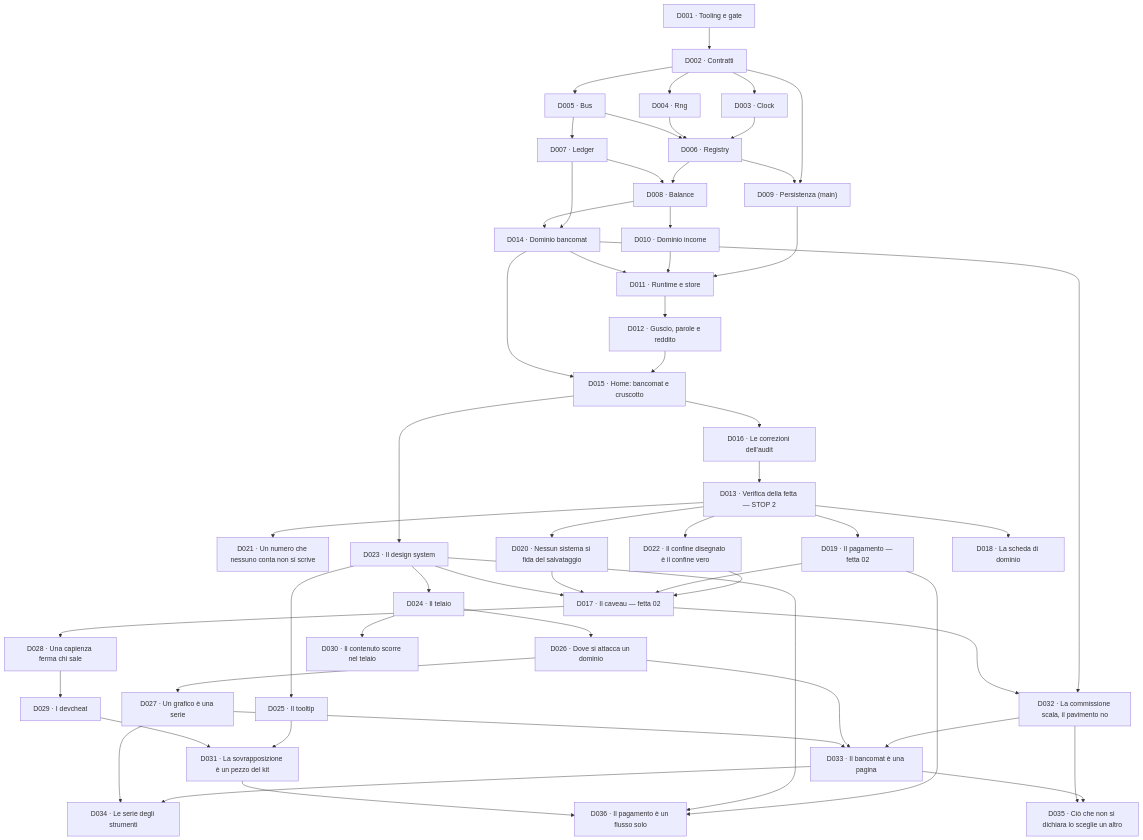
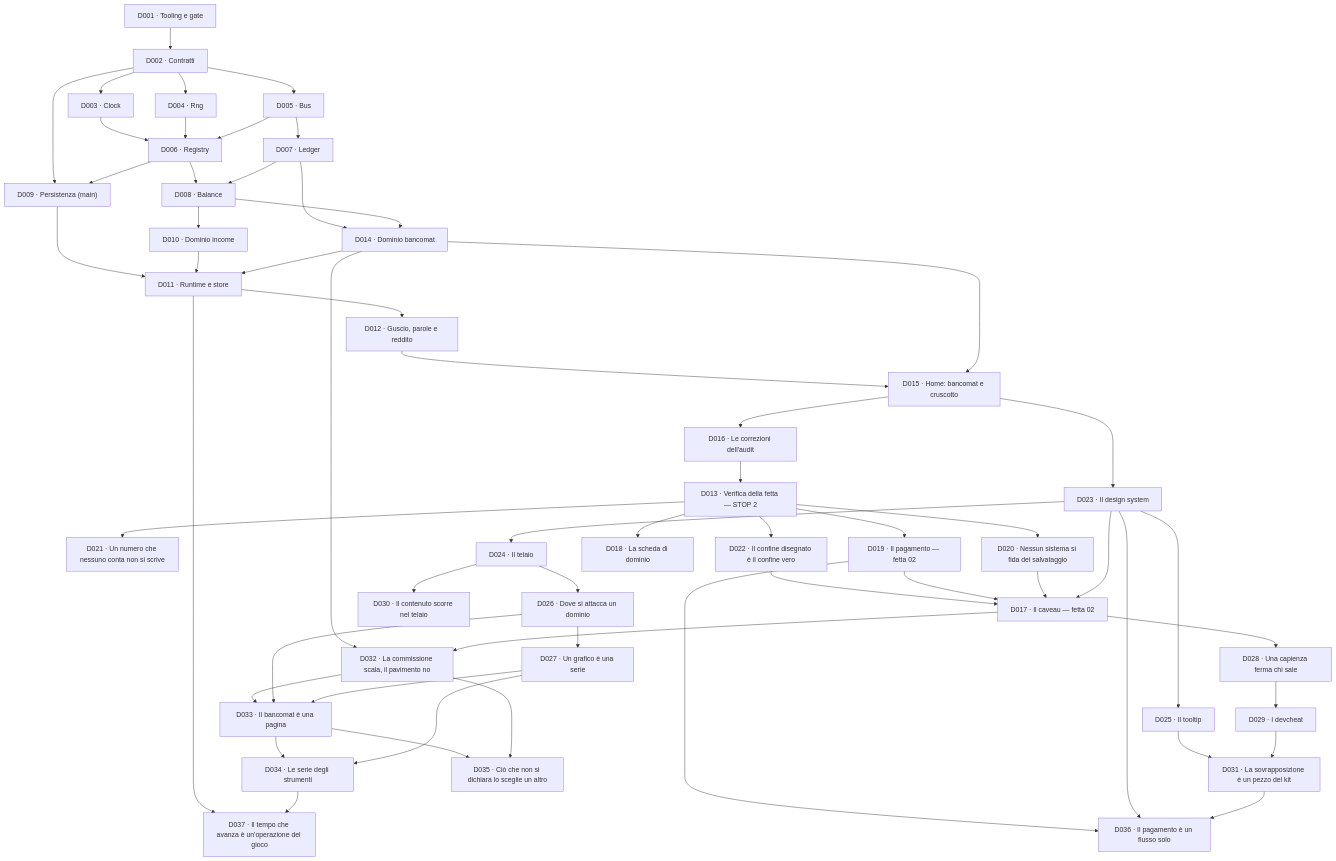
Before and after one commit to devfrx/solvent: the diagram in docs/delega/README.md, drawn with Mermaid. The commit also changed other lines of this file and 19 other files, not shown here.

````diff
--- a/docs/delega/README.md
+++ b/docs/delega/README.md
@@ -74,57 +74,59 @@
 ```mermaid
 flowchart TD
   D001["D001 · Tooling e gate"] --> D002["D002 · Contratti"]
   D002 --> D003["D003 · Clock"]
   D002 --> D004["D004 · Rng"]
   D002 --> D005["D005 · Bus"]
   D003 --> D006["D006 · Registry"]
   D004 --> D006
   D005 --> D006
   D005 --> D007["D007 · Ledger"]
   D006 --> D008["D008 · Balance"]
   D007 --> D008
   D002 --> D009["D009 · Persistenza (main)"]
   D006 --> D009
   D008 --> D010["D010 · Dominio income"]
   D007 --> D014["D014 · Dominio bancomat"]
   D008 --> D014
   D009 --> D011["D011 · Runtime e store"]
   D010 --> D011
   D014 --> D011
   D011 --> D012["D012 · Guscio, parole e reddito"]
   D012 --> D015["D015 · Home: bancomat e cruscotto"]
   D014 --> D015
   D015 --> D016["D016 · Le correzioni dell'audit"]
   D016 --> D013["D013 · Verifica della fetta — STOP 2"]
   D013 --> D021["D021 · Un numero che nessuno conta non si scrive"]
   D013 --> D022["D022 · Il confine disegnato è il confine vero"]
   D022 --> D017
   D013 --> D019["D019 · Il pagamento — fetta 02"]
   D013 --> D020["D020 · Nessun sistema si fida del salvataggio"]
   D015 --> D023["D023 · Il design system"]
   D019 --> D017["D017 · Il caveau — fetta 02"]
   D020 --> D017
   D023 --> D017
   D013 --> D018["D018 · La scheda di dominio"]
   D023 --> D024["D024 · Il telaio"]
   D023 --> D025["D025 · Il tooltip"]
   D024 --> D026["D026 · Dove si attacca un dominio"]
   D026 --> D027["D027 · Un grafico è una serie"]
   D017 --> D028["D028 · Una capienza ferma chi sale"]
   D028 --> D029["D029 · I devcheat"]
   D024 --> D030["D030 · Il contenuto scorre nel telaio"]
   D025 --> D031["D031 · La sovrapposizione è un pezzo del kit"]
   D029 --> D031
   D014 --> D032["D032 · La commissione scala, il pavimento no"]
   D017 --> D032
   D032 --> D033["D033 · Il bancomat è una pagina"]
   D026 --> D033
   D027 --> D033
   D033 --> D034["D034 · Le serie degli strumenti"]
   D027 --> D034
   D033 --> D035["D035 · Ciò che non si dichiara lo sceglie un altro"]
   D032 --> D035
   D019 --> D036["D036 · Il pagamento è un flusso solo"]
   D023 --> D036
   D031 --> D036
+  D011 --> D037["D037 · Il tempo che avanza è un'operazione del gioco"]
+  D034 --> D037
 ```
````
